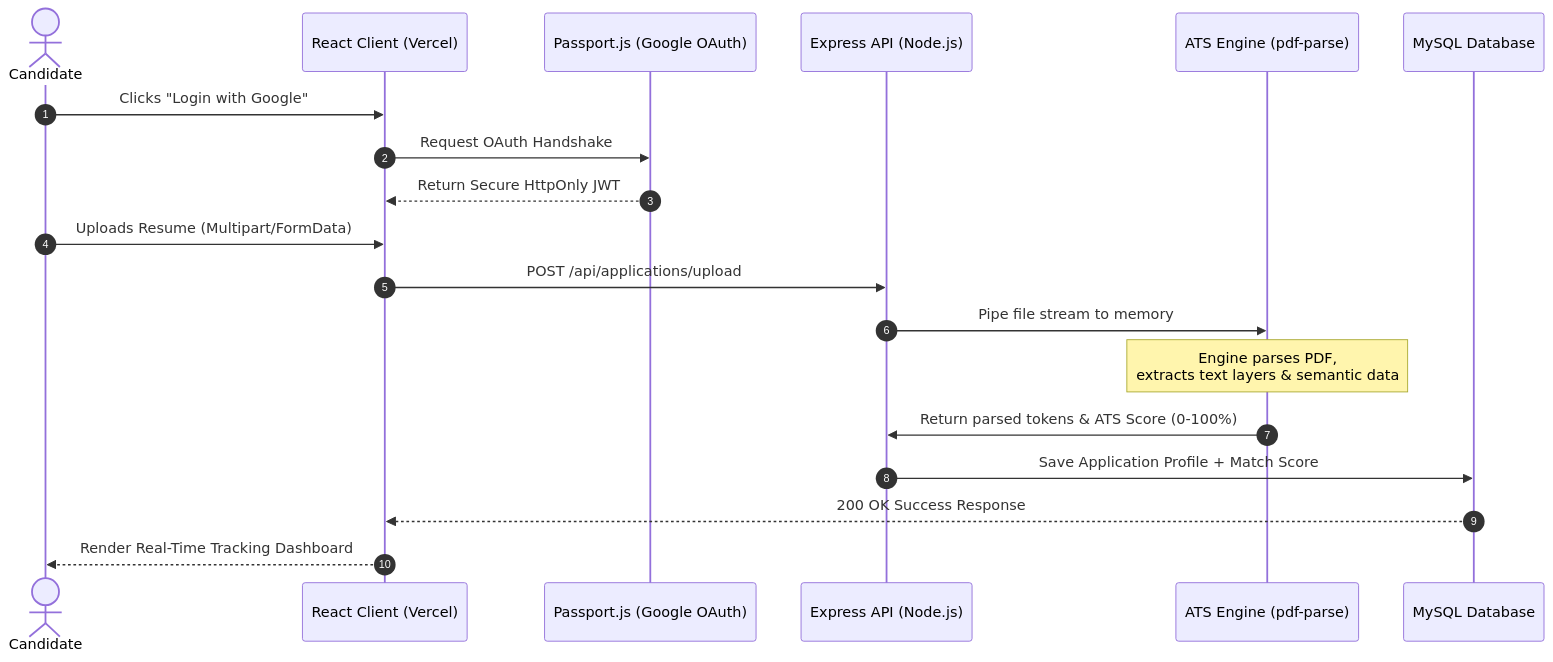
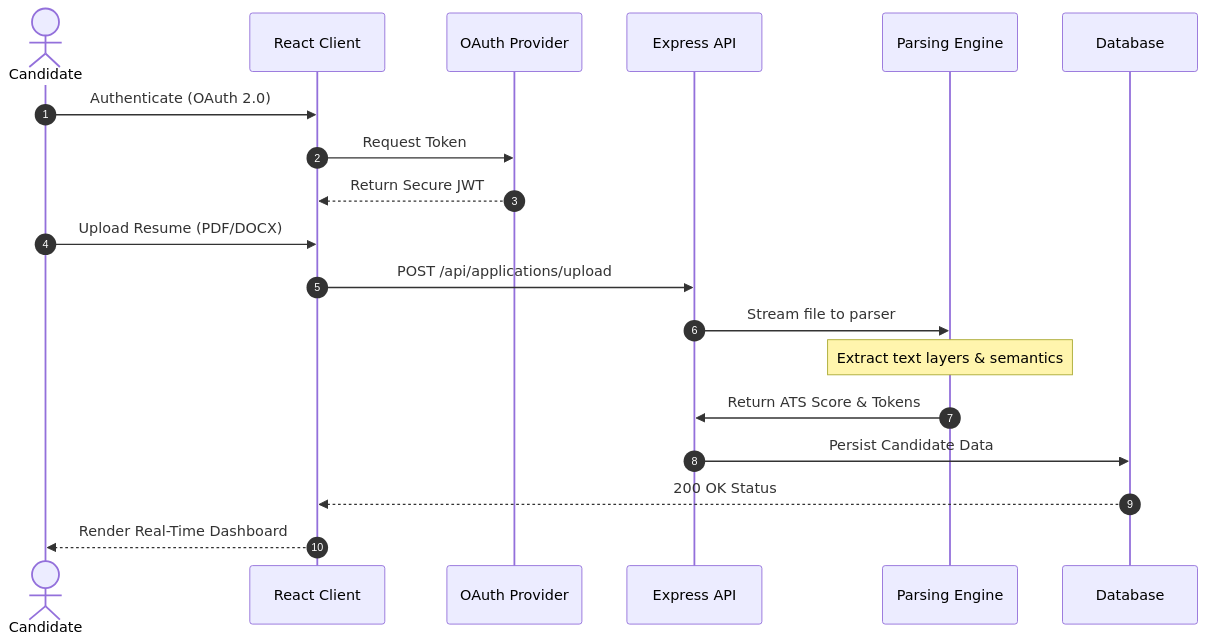
The first of 3 diagrams in README.md (ruthwik-thotapelli/TalentBridge-Secure-Enterprise-Full-Stack-Hiring-Platform), drawn with Mermaid before and after one commit. The commit also changed other lines of this file, not shown here.

Commit message:
fix: resolve mermaid syntax errors for flawless rendering

````diff
--- a/README.md
+++ b/README.md
@@ -37,22 +37,22 @@
 ```mermaid
 sequenceDiagram
     autonumber
     actor Candidate
-    participant React as React Client (Vercel)
-    participant Auth as Passport.js (Google OAuth)
-    participant API as Express API (Node.js)
-    participant ATS as ATS Engine (pdf-parse)
-    participant DB as MySQL Database
+    participant React as React Client
+    participant Auth as OAuth Provider
+    participant API as Express API
+    participant ATS as Parsing Engine
+    participant DB as Database
     
-    Candidate->>React: Clicks "Login with Google"
-    React->>Auth: Request OAuth Handshake
-    Auth-->>React: Return Secure HttpOnly JWT
-    Candidate->>React: Uploads Resume (Multipart/FormData)
+    Candidate->>React: Authenticate (OAuth 2.0)
+    React->>Auth: Request Token
+    Auth-->>React: Return Secure JWT
+    Candidate->>React: Upload Resume (PDF/DOCX)
     React->>API: POST /api/applications/upload
-    API->>ATS: Pipe file stream to memory
-    Note over ATS: Engine parses PDF,<br>extracts text layers & semantic data
-    ATS->>API: Return parsed tokens & ATS Score (0-100%)
-    API->>DB: Save Application Profile + Match Score
-    DB-->>React: 200 OK Success Response
-    React-->>Candidate: Render Real-Time Tracking Dashboard
+    API->>ATS: Stream file to parser
+    Note over ATS: Extract text layers & semantics
+    ATS->>API: Return ATS Score & Tokens
+    API->>DB: Persist Candidate Data
+    DB-->>React: 200 OK Status
+    React-->>Candidate: Render Real-Time Dashboard
 ```
````
